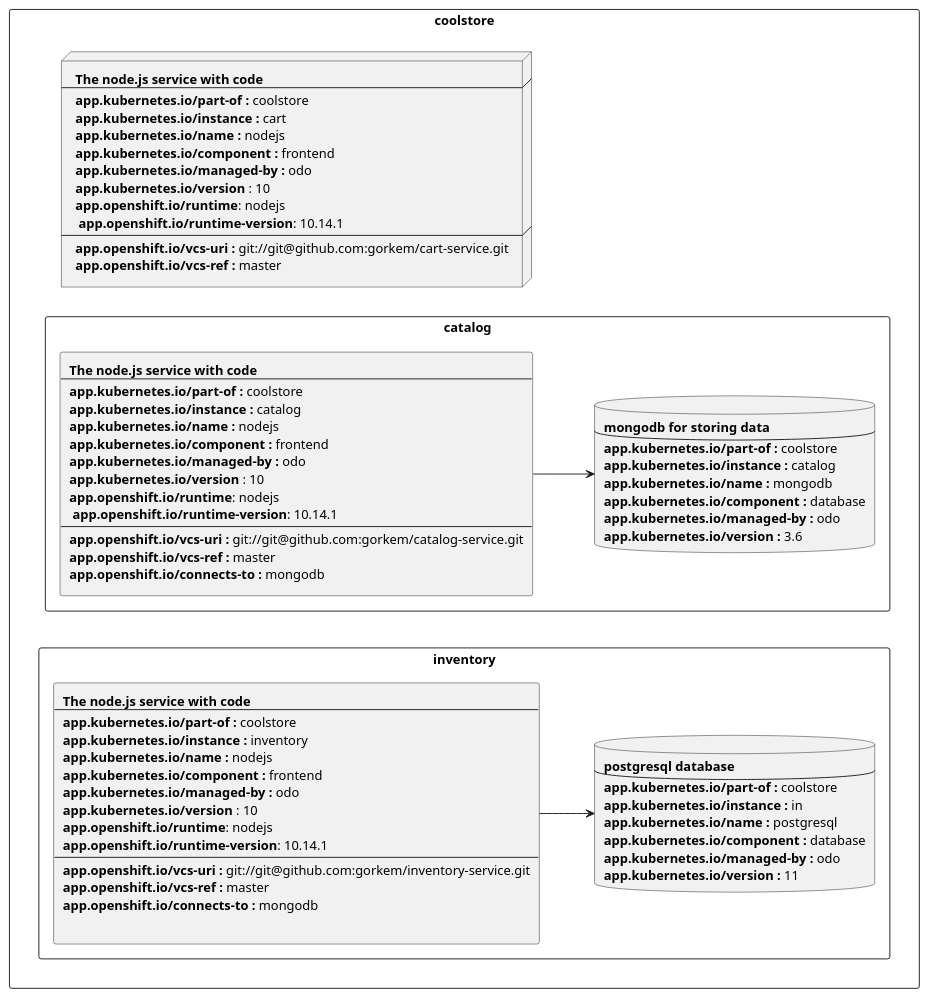
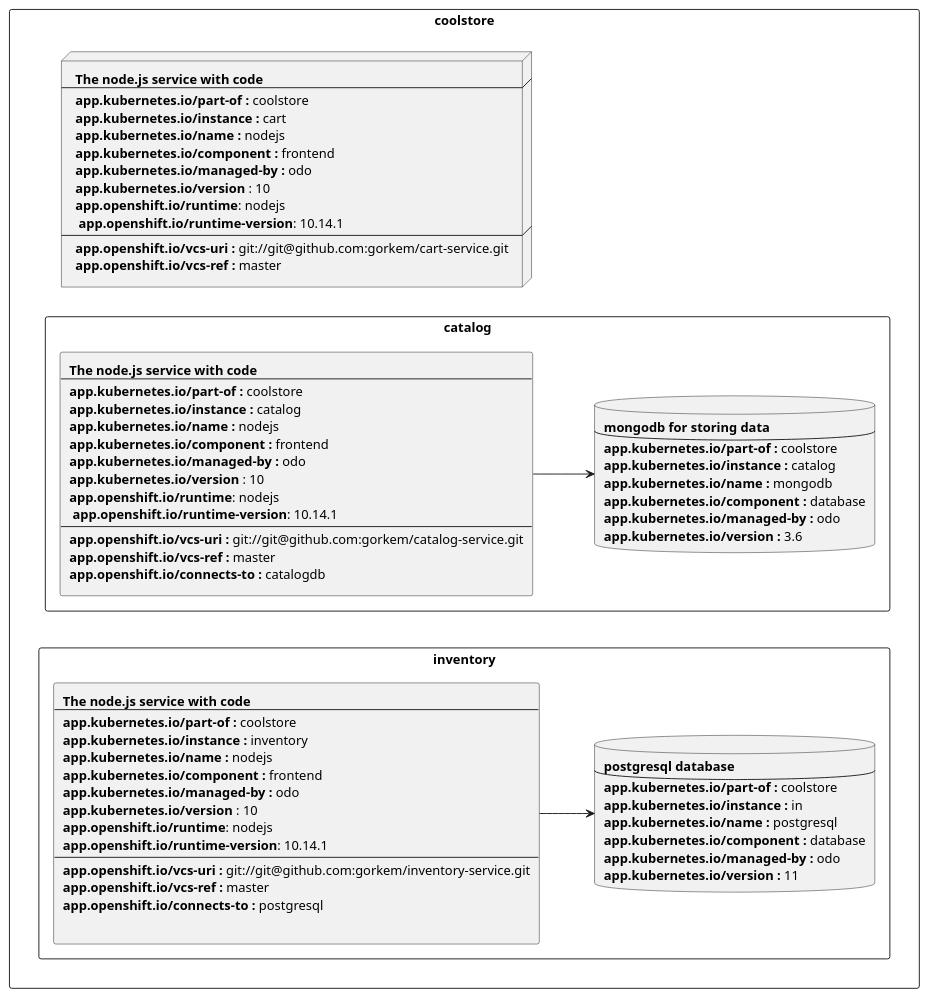
The second of 2 diagrams in labels-annotation-for-openshift.adoc (redhat-developer/app-labels), drawn with PlantUML before and after one commit.

```diff
--- a/labels-annotation-for-openshift.adoc
+++ b/labels-annotation-for-openshift.adoc
@@ -211,7 +211,7 @@
                     ----
                     <b>app.openshift.io/vcs-uri :</b> git://git@github.com:gorkem/catalog-service.git
                     <b>app.openshift.io/vcs-ref :</b> master
-                    <b>app.openshift.io/connects-to :</b> mongodb
+                    <b>app.openshift.io/connects-to :</b> catalogdb
                 ]
                 catalog --> catalogdb
         }
@@ -242,7 +242,7 @@
                     ----
                     <b>app.openshift.io/vcs-uri :</b> git://git@github.com:gorkem/inventory-service.git
                     <b>app.openshift.io/vcs-ref :</b> master
-                    <b>app.openshift.io/connects-to :</b> mongodb
+                    <b>app.openshift.io/connects-to :</b> postgresql
 
                 ]
              java8 --> postgresql
```
